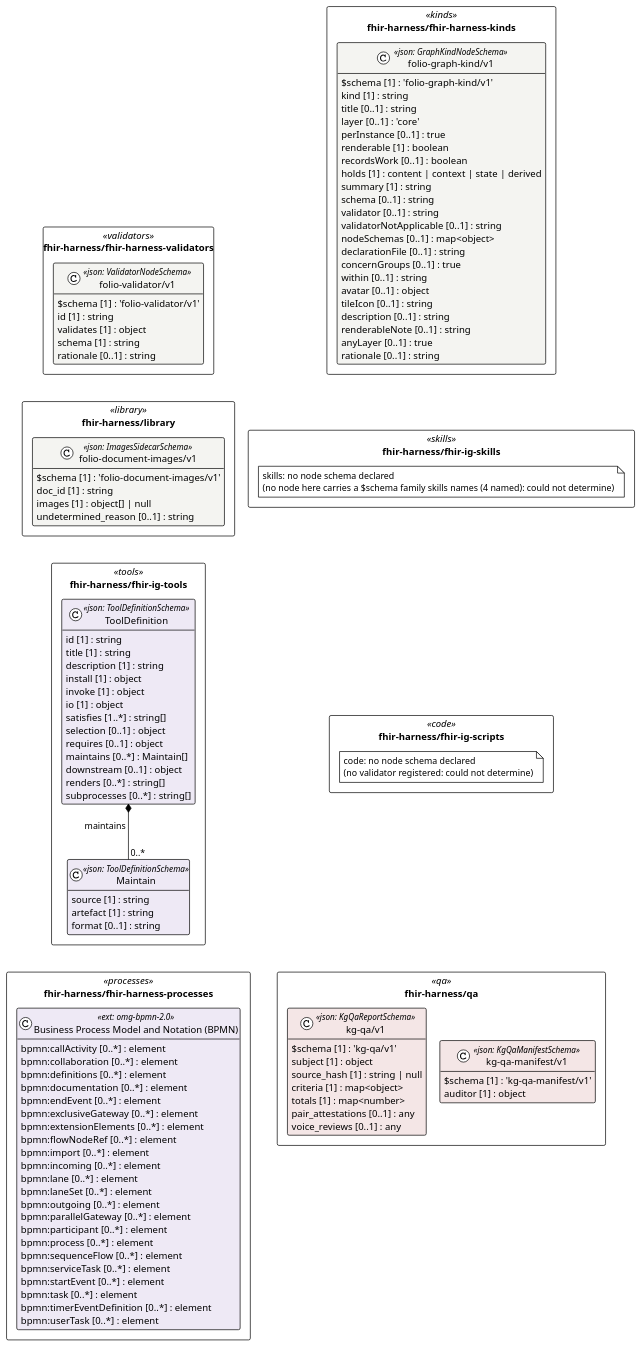
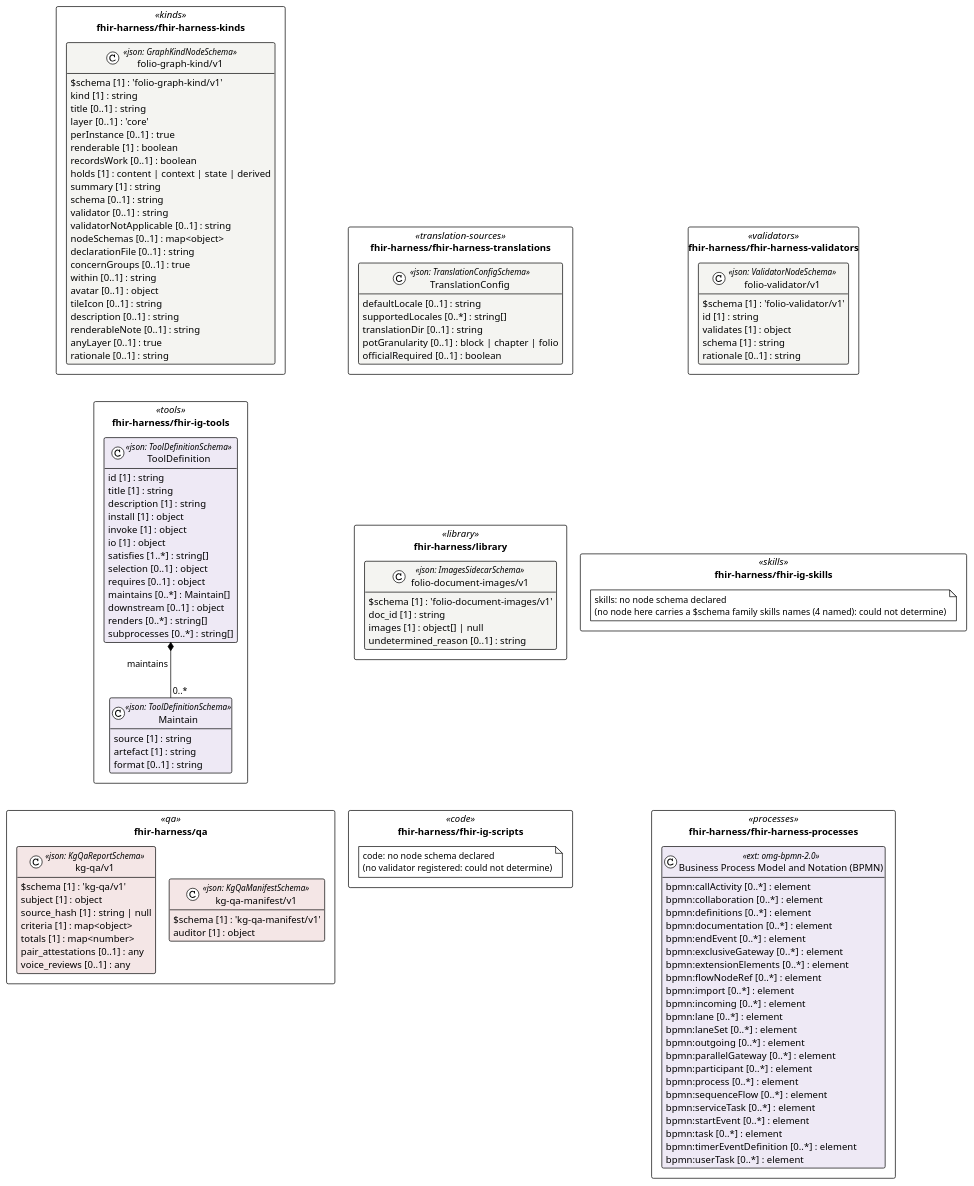
Before and after one commit to litlfred/folio-assistant: the diagram in cat-harness/uml/overview/fhir-harness.puml, drawn with PlantUML. The commit also changed 192 other files, not shown here.

```diff
--- a/cat-harness/uml/overview/fhir-harness.puml
+++ b/cat-harness/uml/overview/fhir-harness.puml
@@ -3,130 +3,139 @@
 @startuml fhir_harness
 !pragma layout elk
 !theme plain
 skinparam classAttributeIconSize 0
 skinparam shadowing false
 skinparam packageStyle rectangle
 hide empty methods
 
+package "fhir-harness/fhir-harness-translations" as pkg_fhir_harness_fhir_harness_translations <<translation-sources>> {
+  class "TranslationConfig" as fhir_harness_fhir_harness_translations_TranslationConfig <<json: TranslationConfigSchema>> #f4f4f1 {
+    defaultLocale [0..1] : string
+    supportedLocales [0..*] : string[]
+    translationDir [0..1] : string
+    potGranularity [0..1] : block | chapter | folio
+    officialRequired [0..1] : boolean
+  }
+}
 package "fhir-harness/fhir-harness-validators" as pkg_fhir_harness_fhir_harness_validators <<validators>> {
   class "folio-validator/v1" as fhir_harness_fhir_harness_validators_folio_validator_v1_folio_validator_v1 <<json: ValidatorNodeSchema>> #f4f4f1 {
     $schema [1] : 'folio-validator/v1'
     id [1] : string
     validates [1] : object
     schema [1] : string
     rationale [0..1] : string
   }
 }
 package "fhir-harness/fhir-harness-kinds" as pkg_fhir_harness_fhir_harness_kinds <<kinds>> {
   class "folio-graph-kind/v1" as fhir_harness_fhir_harness_kinds_folio_graph_kind_v1_folio_graph_kind_v1 <<json: GraphKindNodeSchema>> #f4f4f1 {
     $schema [1] : 'folio-graph-kind/v1'
     kind [1] : string
     title [0..1] : string
     layer [0..1] : 'core'
     perInstance [0..1] : true
     renderable [1] : boolean
     recordsWork [0..1] : boolean
     holds [1] : content | context | state | derived
     summary [1] : string
     schema [0..1] : string
     validator [0..1] : string
     validatorNotApplicable [0..1] : string
     nodeSchemas [0..1] : map<object>
     declarationFile [0..1] : string
     concernGroups [0..1] : true
     within [0..1] : string
     avatar [0..1] : object
     tileIcon [0..1] : string
     description [0..1] : string
     renderableNote [0..1] : string
     anyLayer [0..1] : true
     rationale [0..1] : string
   }
 }
 package "fhir-harness/library" as pkg_fhir_harness_library <<library>> {
   class "folio-document-images/v1" as fhir_harness_library_folio_document_images_v1_folio_document_images_v1 <<json: ImagesSidecarSchema>> #f4f4f1 {
     $schema [1] : 'folio-document-images/v1'
     doc_id [1] : string
     images [1] : object[] | null
     undetermined_reason [0..1] : string
   }
 }
 package "fhir-harness/fhir-ig-skills" as pkg_fhir_harness_fhir_ig_skills <<skills>> {
   note "skills: no node schema declared\n(no node here carries a $schema family skills names (4 named): could not determine)" as n_fhir_harness_fhir_ig_skills_skills
 }
 package "fhir-harness/fhir-ig-tools" as pkg_fhir_harness_fhir_ig_tools <<tools>> {
   class "Maintain" as fhir_harness_fhir_ig_tools_Maintain <<json: ToolDefinitionSchema>> #eee9f5 {
     source [1] : string
     artefact [1] : string
     format [0..1] : string
   }
   class "ToolDefinition" as fhir_harness_fhir_ig_tools_ToolDefinition <<json: ToolDefinitionSchema>> #eee9f5 {
     id [1] : string
     title [1] : string
     description [1] : string
     install [1] : object
     invoke [1] : object
     io [1] : object
     satisfies [1..*] : string[]
     selection [0..1] : object
     requires [0..1] : object
     maintains [0..*] : Maintain[]
     downstream [0..1] : object
     renders [0..*] : string[]
     subprocesses [0..*] : string[]
   }
 }
 package "fhir-harness/fhir-ig-scripts" as pkg_fhir_harness_fhir_ig_scripts <<code>> {
   note "code: no node schema declared\n(no validator registered: could not determine)" as n_fhir_harness_fhir_ig_scripts_code
 }
 package "fhir-harness/fhir-harness-processes" as pkg_fhir_harness_fhir_harness_processes <<processes>> {
   class "Business Process Model and Notation (BPMN)" as fhir_harness_fhir_harness_processes_omg_bpmn_2_0 <<ext: omg-bpmn-2.0>> #eee9f5 {
     bpmn:callActivity [0..*] : element
     bpmn:collaboration [0..*] : element
     bpmn:definitions [0..*] : element
     bpmn:documentation [0..*] : element
     bpmn:endEvent [0..*] : element
     bpmn:exclusiveGateway [0..*] : element
     bpmn:extensionElements [0..*] : element
     bpmn:flowNodeRef [0..*] : element
     bpmn:import [0..*] : element
     bpmn:incoming [0..*] : element
     bpmn:lane [0..*] : element
     bpmn:laneSet [0..*] : element
     bpmn:outgoing [0..*] : element
     bpmn:parallelGateway [0..*] : element
     bpmn:participant [0..*] : element
     bpmn:process [0..*] : element
     bpmn:sequenceFlow [0..*] : element
     bpmn:serviceTask [0..*] : element
     bpmn:startEvent [0..*] : element
     bpmn:task [0..*] : element
     bpmn:timerEventDefinition [0..*] : element
     bpmn:userTask [0..*] : element
   }
 }
 package "fhir-harness/qa" as pkg_fhir_harness_qa <<qa>> {
   class "kg-qa/v1" as fhir_harness_qa_kg_qa_v1_kg_qa_v1 <<json: KgQaReportSchema>> #f4e6e6 {
     $schema [1] : 'kg-qa/v1'
     subject [1] : object
     source_hash [1] : string | null
     criteria [1] : map<object>
     totals [1] : map<number>
     pair_attestations [0..1] : any
     voice_reviews [0..1] : any
   }
   class "kg-qa-manifest/v1" as fhir_harness_qa_kg_qa_manifest_v1_kg_qa_manifest_v1 <<json: KgQaManifestSchema>> #f4e6e6 {
     $schema [1] : 'kg-qa-manifest/v1'
     auditor [1] : object
   }
 }
 
 fhir_harness_fhir_ig_tools_ToolDefinition *-- "0..*" fhir_harness_fhir_ig_tools_Maintain : maintains
-' grid: portrait, 2 column(s) — pkg_fhir_harness_fhir_harness_validators pkg_fhir_harness_fhir_harness_kinds pkg_fhir_harness_library pkg_fhir_harness_fhir_ig_skills pkg_fhir_harness_fhir_ig_tools pkg_fhir_harness_fhir_ig_scripts pkg_fhir_harness_fhir_harness_processes pkg_fhir_harness_qa
-pkg_fhir_harness_fhir_harness_validators -[hidden]down- pkg_fhir_harness_library
-pkg_fhir_harness_fhir_harness_kinds -[hidden]down- pkg_fhir_harness_fhir_ig_skills
-pkg_fhir_harness_library -[hidden]down- pkg_fhir_harness_fhir_ig_tools
-pkg_fhir_harness_fhir_ig_skills -[hidden]down- pkg_fhir_harness_fhir_ig_scripts
-pkg_fhir_harness_fhir_ig_tools -[hidden]down- pkg_fhir_harness_fhir_harness_processes
-pkg_fhir_harness_fhir_ig_scripts -[hidden]down- pkg_fhir_harness_qa
+' grid: portrait, 3 column(s) — pkg_fhir_harness_fhir_harness_translations pkg_fhir_harness_fhir_harness_validators pkg_fhir_harness_fhir_harness_kinds pkg_fhir_harness_library pkg_fhir_harness_fhir_ig_skills pkg_fhir_harness_fhir_ig_tools pkg_fhir_harness_fhir_ig_scripts pkg_fhir_harness_fhir_harness_processes pkg_fhir_harness_qa
+pkg_fhir_harness_fhir_harness_translations -[hidden]down- pkg_fhir_harness_library
+pkg_fhir_harness_fhir_harness_validators -[hidden]down- pkg_fhir_harness_fhir_ig_skills
+pkg_fhir_harness_fhir_harness_kinds -[hidden]down- pkg_fhir_harness_fhir_ig_tools
+pkg_fhir_harness_library -[hidden]down- pkg_fhir_harness_fhir_ig_scripts
+pkg_fhir_harness_fhir_ig_skills -[hidden]down- pkg_fhir_harness_fhir_harness_processes
+pkg_fhir_harness_fhir_ig_tools -[hidden]down- pkg_fhir_harness_qa
 @enduml
```
